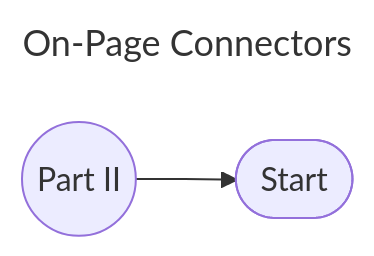
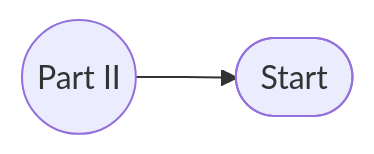
One commit to AhmedOsman101/Obsidian changed the fifth of 15 diagrams in src/College/yearOne/secondTerm/C-Essentials/Lectures/LectureOne.md. Above: the diagram before and after it, drawn with Mermaid. The commit also changed other lines of this file and 11 other files, not shown here.

````diff
--- a/src/College/yearOne/secondTerm/C-Essentials/Lectures/LectureOne.md
+++ b/src/College/yearOne/secondTerm/C-Essentials/Lectures/LectureOne.md
@@ -215,8 +201,4 @@
 ```mermaid
----
-title: On-Page Connectors
----
-
 flowchart LR
     1((Part II)) --> 2([Start])
 ```
````
